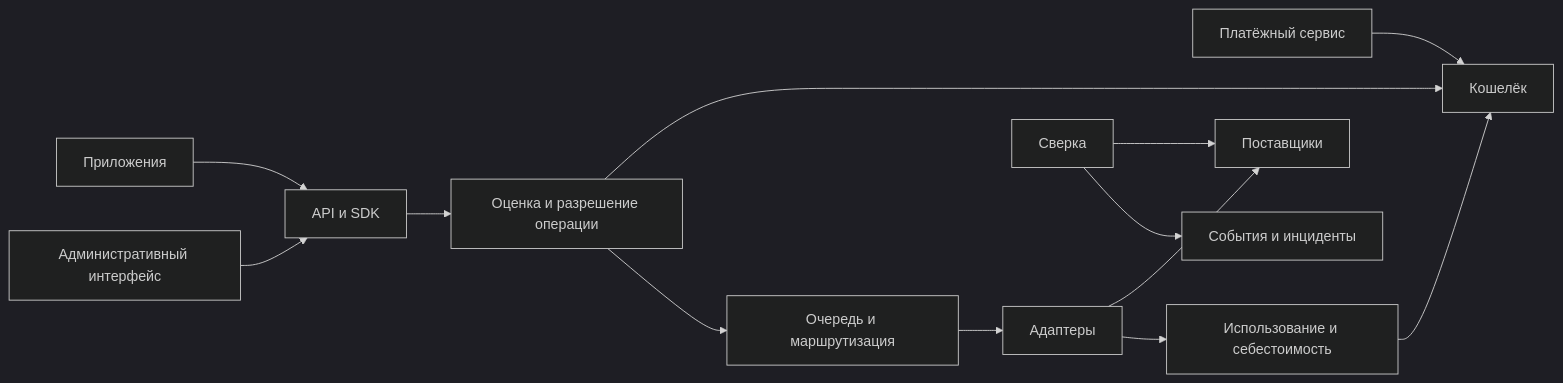
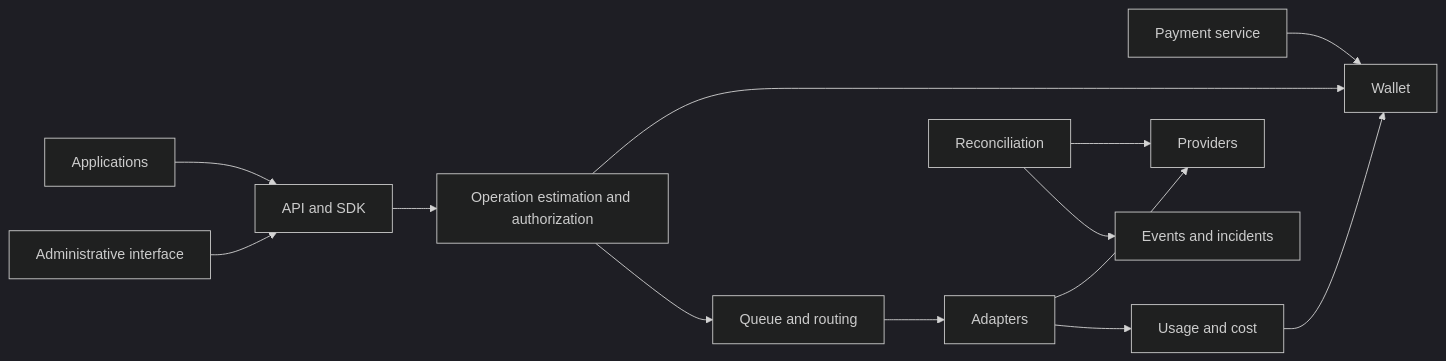
One commit to vleytman/uai-ledger changed the diagram in docs/ARCHITECTURE.md. Above: the diagram before and after it, drawn with Mermaid (dark theme). The commit also changed other lines of this file and 44 other files, not shown here.

```diff
--- a/docs/ARCHITECTURE.md
+++ b/docs/ARCHITECTURE.md
@@ -13,15 +13,15 @@
 ~~~mermaid
 flowchart LR
-  APP[Приложения] --> API[API и SDK]
-  PAY[Платёжный сервис] --> WAL[Кошелёк]
-  API --> QUOTE[Оценка и разрешение операции]
+  APP[Applications] --> API[API and SDK]
+  PAY[Payment service] --> WAL[Wallet]
+  API --> QUOTE[Operation estimation and authorization]
   QUOTE --> WAL
-  QUOTE --> QUEUE[Очередь и маршрутизация]
-  QUEUE --> ADAPTERS[Адаптеры]
-  ADAPTERS --> PROVIDERS[Поставщики]
-  ADAPTERS --> USAGE[Использование и себестоимость]
+  QUOTE --> QUEUE[Queue and routing]
+  QUEUE --> ADAPTERS[Adapters]
+  ADAPTERS --> PROVIDERS[Providers]
+  ADAPTERS --> USAGE[Usage and cost]
   USAGE --> WAL
-  SYNC[Сверка] --> PROVIDERS
-  SYNC --> EVENTS[События и инциденты]
-  ADMIN[Административный интерфейс] --> API
+  SYNC[Reconciliation] --> PROVIDERS
+  SYNC --> EVENTS[Events and incidents]
+  ADMIN[Administrative interface] --> API
 ~~~
```
